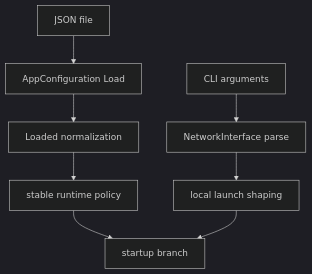
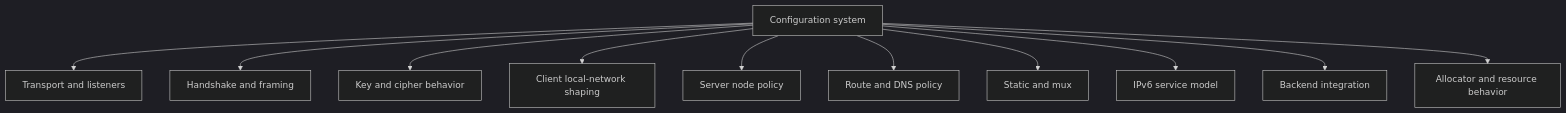
The first of 3 diagrams in docs/CONFIGURATION.md (HyacinthHaru/openppp2), drawn with Mermaid (dark theme) before and after one commit. The commit also changed other lines of this file and 31 other files, not shown here.

````diff
--- a/docs/CONFIGURATION.md
+++ b/docs/CONFIGURATION.md
@@ -49,10 +53,13 @@
 ```mermaid
 flowchart TD
-    A[JSON file] --> B[AppConfiguration Load]
-    B --> C[Loaded normalization]
-    D[CLI arguments] --> E[NetworkInterface parse]
-    C --> F[stable runtime policy]
-    E --> G[local launch shaping]
-    F --> H[startup branch]
-    G --> H
+    A[Configuration system] --> B[Transport and listeners]
+    A --> C[Handshake and framing]
+    A --> D[Key and cipher behavior]
+    A --> E[Client local-network shaping]
+    A --> F[Server node policy]
+    A --> G[Route and DNS policy]
+    A --> H[Static and mux]
+    A --> I[IPv6 service model]
+    A --> J[Backend integration]
+    A --> K[Allocator and resource behavior]
 ```
````
